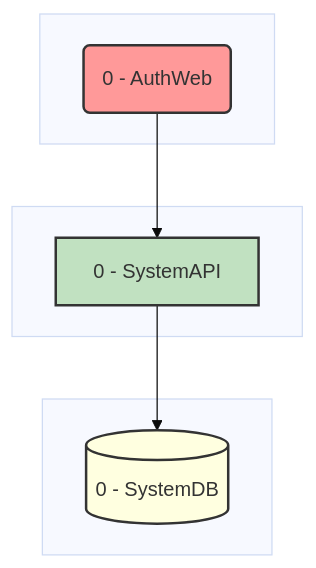
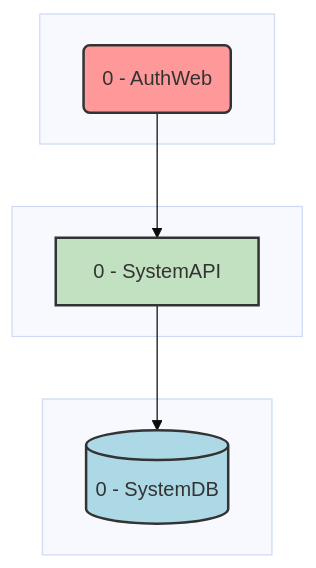
One commit to AstroBookings/.github changed the first of 2 diagrams in profile/1-analysis/5_0-astrobookings-authentication-domain.md. Above: the diagram before and after it, drawn with Mermaid (base theme). The commit also changed 2 other files, not shown here.

````diff
--- a/profile/1-analysis/5_0-astrobookings-authentication-domain.md
+++ b/profile/1-analysis/5_0-astrobookings-authentication-domain.md
@@ -66,28 +66,28 @@
 ```mermaid
 graph TD
     subgraph Web Applications[" "]
         AuthWeb(0 - AuthWeb)
     end
 
     subgraph API Services[" "]
         SystemAPI[0 - SystemAPI]
     end
 
     subgraph Databases[" "]
         SystemDB[(0 - SystemDB)]
     end
 
     %% Web to API connections
     AuthWeb --> SystemAPI
 
     %% API to Database connection
     SystemAPI --> SystemDB
 
     %% Style
     classDef web fill:#FF9999,stroke:#333,stroke-width:2px;
     classDef api fill:#C1E1C1,stroke:#333,stroke-width:2px;
-    classDef db fill:#FFFFE0,stroke:#333,stroke-width:2px;
+    classDef db fill:#ADD8E6,stroke:#333,stroke-width:2px;
     class AuthWeb web;
     class SystemAPI api;
     class SystemDB db;
 ```
````
